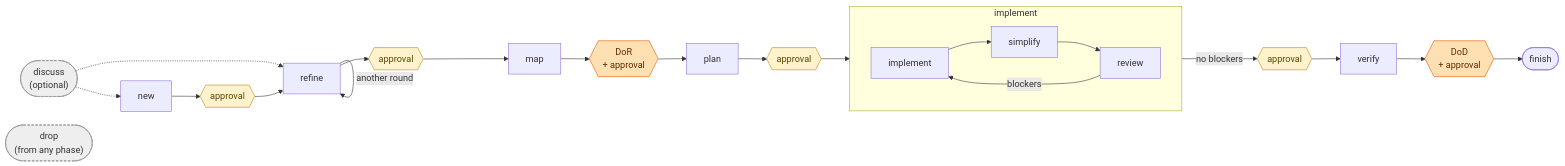
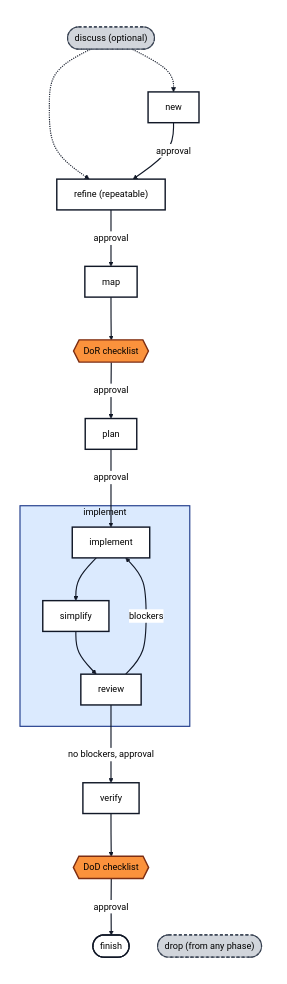
One commit to CreativeCodersTeam/shade-kit changed the first of 4 diagrams in research/shade-kit-concept.md. Above: the diagram before and after it, drawn with Mermaid. The commit also changed other lines of this file, not shown here.

Commit message:
docs: refine ShadeKit phase flow and workflow diagrams
- Enhanced clarity of phase flow diagrams with improved labels, visual styles, and checklist elements.
- Updated workflow profiles to standardize layout, improve readability, and use consistent mermaid configurations for "feature," "bugfix," "quick," and "refactor" paths.
- Added explicit approval and gate notations for better process understanding.

````diff
--- a/research/shade-kit-concept.md
+++ b/research/shade-kit-concept.md
@@ -322,41 +322,44 @@
 ```mermaid
-flowchart LR
-    discuss(["discuss<br/>(optional)"])
-    new["new"]
-    refine["refine"]
-    map["map"]
-    plan["plan"]
-    verify["verify"]
-    finish(["finish"])
-    drop(["drop<br/>(from any phase)"])
+%%{init: {"theme": "base", "themeVariables": {"fontSize": "16px", "primaryColor": "#ffffff", "primaryBorderColor": "#111827", "primaryTextColor": "#000000", "secondaryColor": "#e2e8f0", "tertiaryColor": "#e2e8f0", "textColor": "#000000", "titleColor": "#000000", "lineColor": "#111827", "clusterBkg": "#dbeafe", "clusterBorder": "#1e3a8a", "edgeLabelBackground": "#ffffff"}}}%%
+flowchart TB
+    subgraph canvas[" "]
+        direction TB
+        discuss(["discuss (optional)"])
+        drop(["drop (from any phase)"])
+        new["new"]
+        refine["refine (repeatable)"]
+        map["map"]
+        dor{{"DoR checklist"}}
+        plan["plan"]
 
-    subgraph implement_loop["implement"]
-        direction LR
-        impl["implement"] --> simplify["simplify"] --> review["review"]
-        review -- "blockers" --> impl
+        subgraph implement_loop["implement"]
+            impl["implement"] --> simplify["simplify"] --> review["review"]
+            review -- "blockers" --> impl
+        end
+
+        verify["verify"]
+        dod{{"DoD checklist"}}
+        finish(["finish"])
+
+        discuss -.-> new
+        discuss -.-> refine
+        new -- "approval" --> refine
+        refine -- "approval" --> map
+        map --> dor
+        dor -- "approval" --> plan
+        plan -- "approval" --> impl
+        review -- "no blockers, approval" --> verify
+        verify --> dod
+        dod -- "approval" --> finish
     end
 
-    a1{{"approval"}}
-    a2{{"approval"}}
-    dor{{"DoR<br/>+ approval"}}
-    a3{{"approval"}}
-    a4{{"approval"}}
-    dod{{"DoD<br/>+ approval"}}
-
-    discuss -.-> new
-    discuss -.-> refine
-    new --> a1 --> refine
-    refine -- "another round" --> refine
-    refine --> a2 --> map
-    map --> dor --> plan
-    plan --> a3 --> impl
-    review -- "no blockers" --> a4 --> verify
-    verify --> dod --> finish
-
-    classDef gate fill:#fff3cd,stroke:#b8860b,color:#5c4400
-    classDef checklist fill:#ffe0b2,stroke:#e65100,color:#5c2a00
-    classDef side fill:#eeeeee,stroke:#888888,color:#333333,stroke-dasharray: 4 3
-    class a1,a2,a3,a4 gate
+    linkStyle default stroke:#111827,stroke-width:2px
+    style canvas fill:#ffffff,stroke:#ffffff
+    style implement_loop fill:#dbeafe,stroke:#1e3a8a,stroke-width:2px,color:#000000
+    classDef phase fill:#ffffff,stroke:#111827,stroke-width:2.5px,color:#000000
+    classDef checklist fill:#fb923c,stroke:#7c2d12,stroke-width:2.5px,color:#000000
+    classDef side fill:#d1d5db,stroke:#374151,stroke-width:2px,color:#000000,stroke-dasharray:5 4
+    class new,refine,map,plan,impl,simplify,review,verify,finish phase
     class dor,dod checklist
     class discuss,drop side
 ```
````
